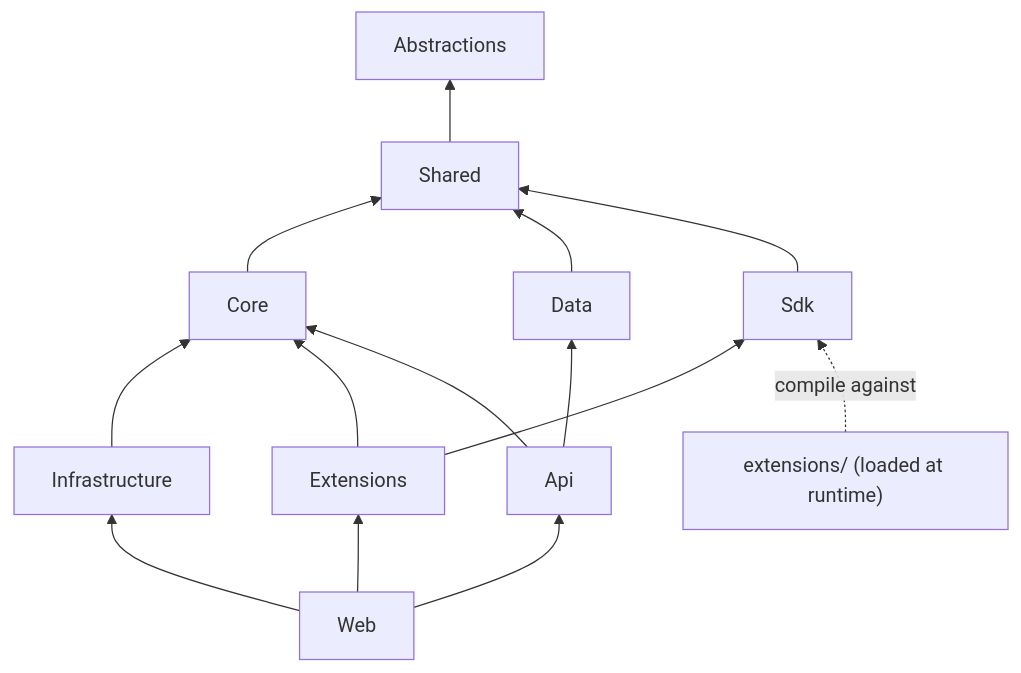
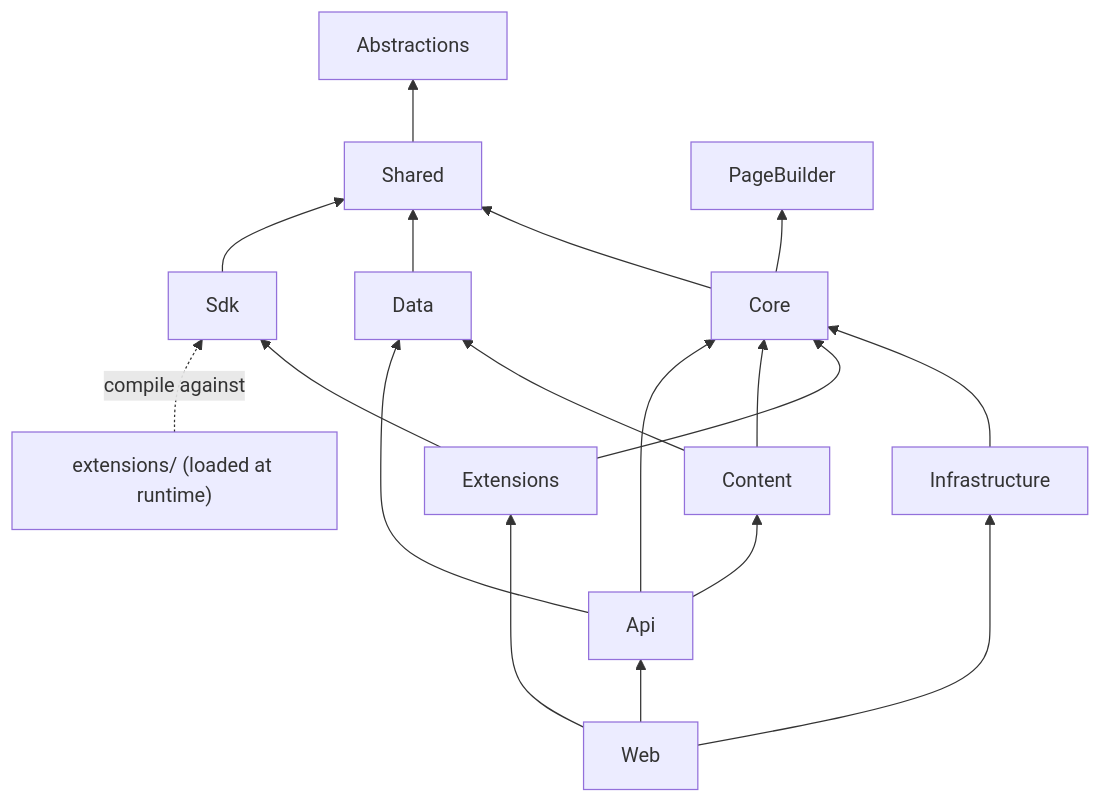
Before and after one commit to Albadit/DotNetForge: the diagram in .docs/architecture/overview.md, drawn with Mermaid. The commit also changed other lines of this file and 306 other files, not shown here.

Commit message:
add: content manager, content types and api endpoints

````diff
--- a/.docs/architecture/overview.md
+++ b/.docs/architecture/overview.md
@@ -48,14 +51,18 @@
 ```mermaid
 flowchart BT
     Shared --> Abstractions
     Core --> Shared
     Data --> Shared
     Infrastructure --> Core
     Sdk --> Shared
     Extensions --> Core
     Extensions --> Sdk
+    Core --> PageBuilder
+    Content --> Core
+    Content --> Data
     Api --> Core
     Api --> Data
+    Api --> Content
     Web["Web"] --> Api & Extensions & Infrastructure
     UserExt["extensions/ (loaded at runtime)"] -. compile against .-> Sdk
 ```
````
